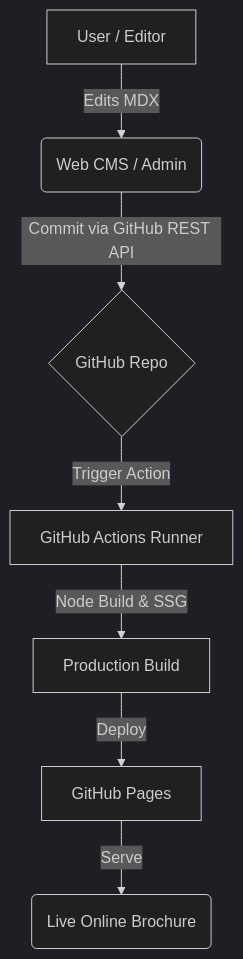
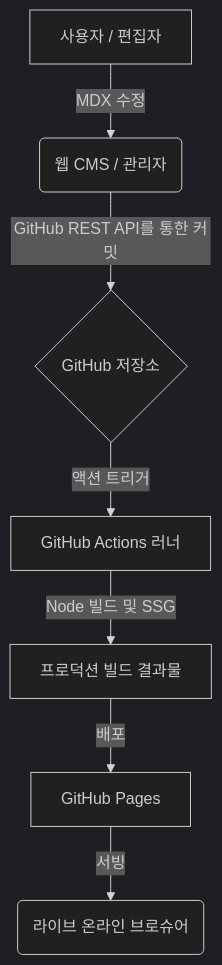
One commit to pnuai/pnu-slate changed the diagram in README.md. Above: the diagram before and after it, drawn with Mermaid (dark theme). The commit also changed other lines of this file, not shown here.

````diff
--- a/README.md
+++ b/README.md
@@ -15,9 +15,9 @@
 ```mermaid
 graph TD
-    A[User / Editor] -->|Edits MDX| B(Web CMS / Admin)
-    B -->|Commit via GitHub REST API| C{GitHub Repo}
-    C -->|Trigger Action| D[GitHub Actions Runner]
-    D -->|Node Build & SSG| E[Production Build]
-    E -->|Deploy| F[GitHub Pages]
-    F -->|Serve| G(Live Online Brochure)
+    A[사용자 / 편집자] -->|MDX 수정| B(웹 CMS / 관리자)
+    B -->|GitHub REST API를 통한 커밋| C{GitHub 저장소}
+    C -->|액션 트리거| D[GitHub Actions 러너]
+    D -->|Node 빌드 및 SSG| E[프로덕션 빌드 결과물]
+    E -->|배포| F[GitHub Pages]
+    F -->|서빙| G(라이브 온라인 브로슈어)
 ```
````
